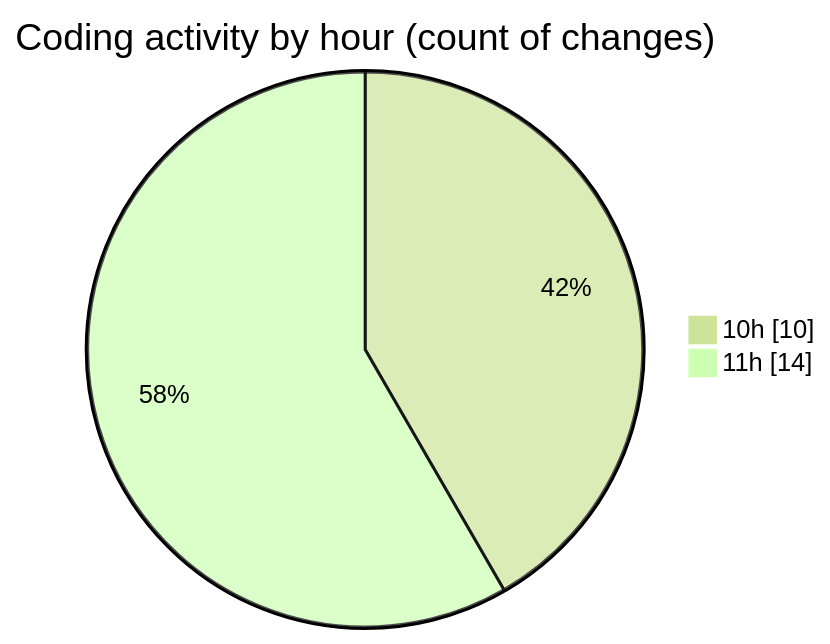
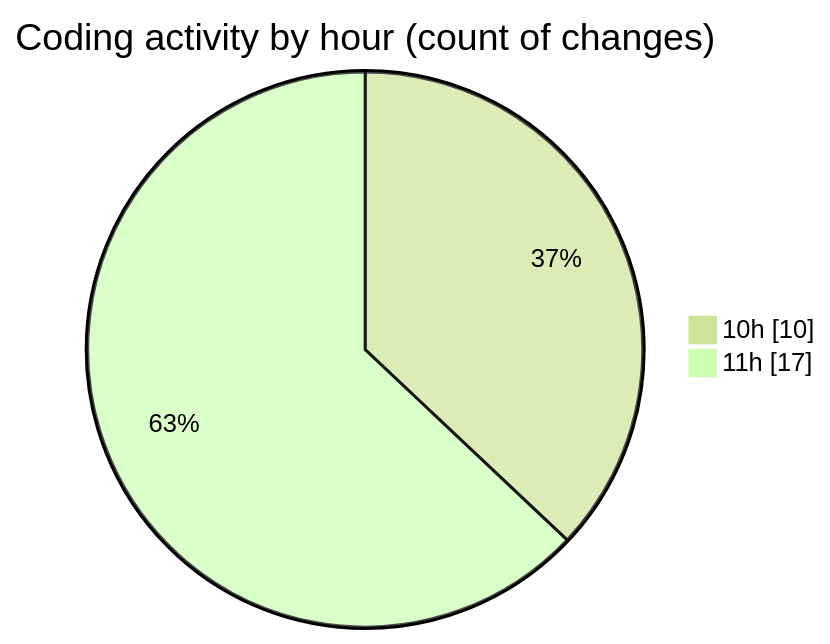
One commit to BS-eng2023/code-tracking changed the second of 2 diagrams in 2025-03-31/jsvms/README.md. Above: the diagram before and after it, drawn with Mermaid (forest theme). The commit also changed other lines of this file and 1 other file, not shown here.

````diff
--- a/2025-03-31/jsvms/README.md
+++ b/2025-03-31/jsvms/README.md
@@ -37,6 +39,6 @@
 ```mermaid
 pie showData
 title Coding activity by hour (count of changes)
 "10h" : 10
-"11h" : 14
+"11h" : 17
 ```
````
